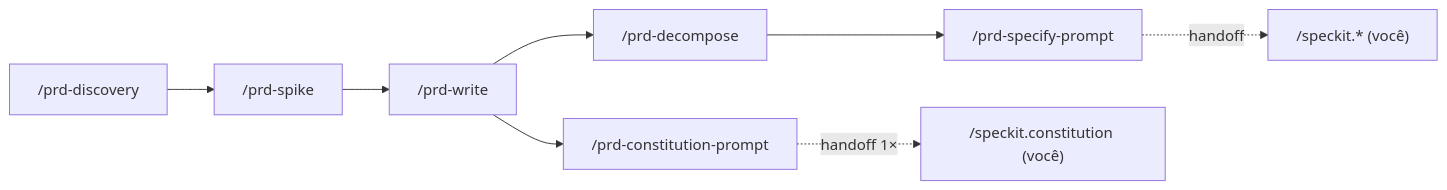
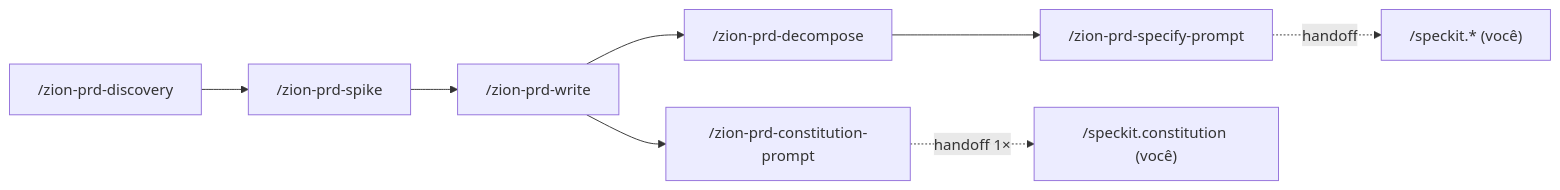
Before and after one commit to tuyoshivinicius/zion-build-prd: the diagram in docs/como-usar.md, drawn with Mermaid. The commit also changed other lines of this file and 2 other files, not shown here.

Commit message:
docs: refletir prefixo zion- nas skills no README e guias

````diff
--- a/docs/como-usar.md
+++ b/docs/como-usar.md
@@ -46,10 +46,10 @@
 ```mermaid
 flowchart LR
-    A["/prd-discovery"] --> B["/prd-spike"]
-    B --> C["/prd-write"]
-    C --> D["/prd-decompose"]
-    C --> G["/prd-constitution-prompt"]
-    D --> E["/prd-specify-prompt"]
+    A["/zion-prd-discovery"] --> B["/zion-prd-spike"]
+    B --> C["/zion-prd-write"]
+    C --> D["/zion-prd-decompose"]
+    C --> G["/zion-prd-constitution-prompt"]
+    D --> E["/zion-prd-specify-prompt"]
     G -.->|handoff 1×| H["/speckit.constitution (você)"]
     E -.->|handoff| F["/speckit.* (você)"]
 ```
````
